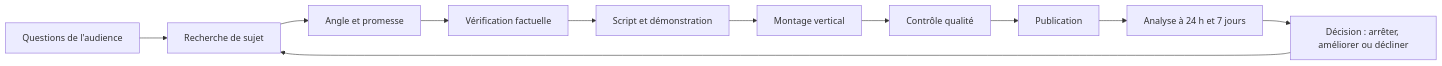
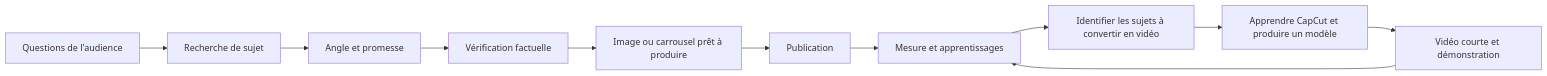
One commit to digitaleflex/hashcode_tiktok changed the diagram in README.md. Above: the diagram before and after it, drawn with Mermaid. The commit also changed other lines of this file, not shown here.

````diff
--- a/README.md
+++ b/README.md
@@ -40,13 +52,13 @@
 ```mermaid
 flowchart LR
     A[Questions de l'audience] --> B[Recherche de sujet]
     B --> C[Angle et promesse]
     C --> D[Vérification factuelle]
-    D --> E[Script et démonstration]
-    E --> F[Montage vertical]
-    F --> G[Contrôle qualité]
-    G --> H[Publication]
-    H --> I[Analyse à 24 h et 7 jours]
-    I --> J[Décision : arrêter, améliorer ou décliner]
-    J --> B
+    D --> E[Image ou carrousel prêt à produire]
+    E --> F[Publication]
+    F --> G[Mesure et apprentissages]
+    G --> H[Identifier les sujets à convertir en vidéo]
+    H --> I[Apprendre CapCut et produire un modèle]
+    I --> J[Vidéo courte et démonstration]
+    J --> G
 ```
````
